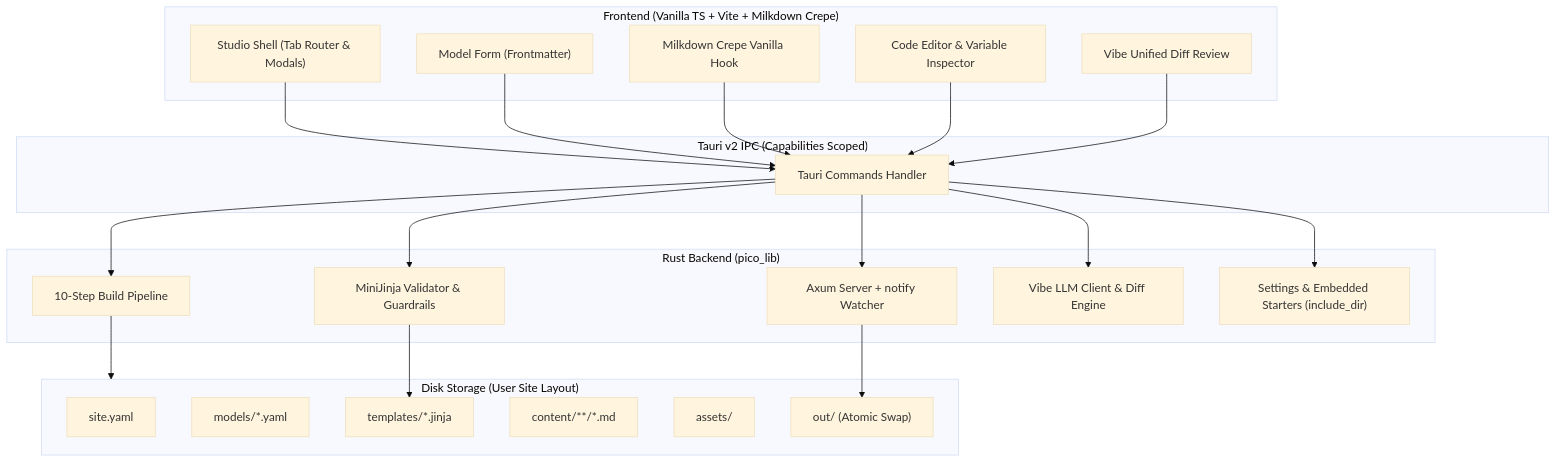
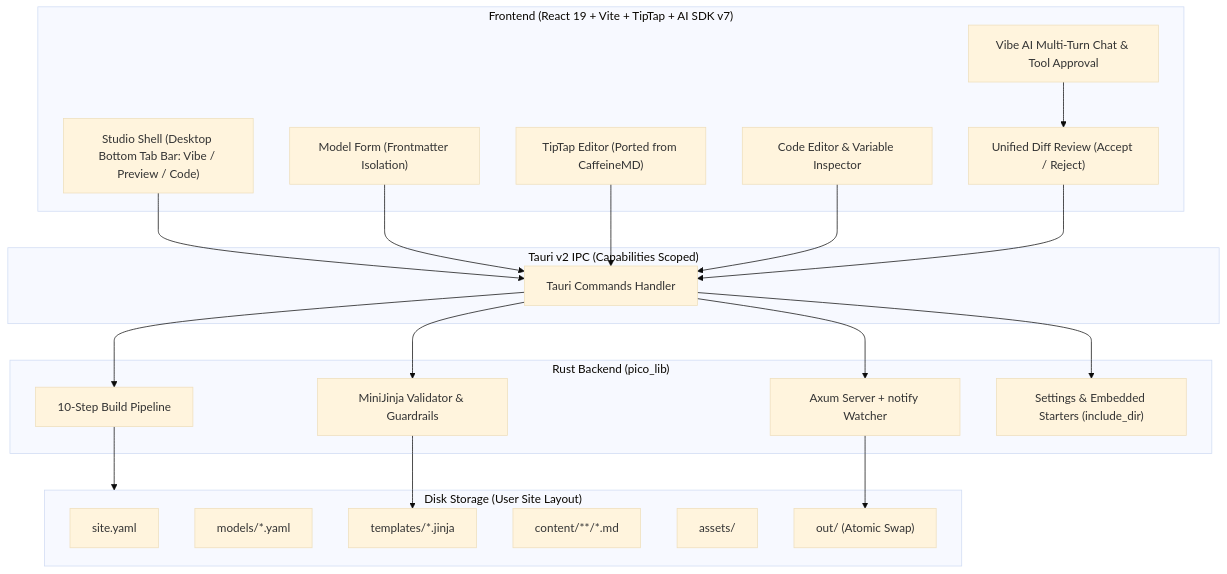
The diagram in memory-bank/systemPatterns.md (hoytnix/Pico), drawn with Mermaid (base theme) before and after one commit. The commit also changed other lines of this file and 37 other files, not shown here.

Commit message:
feat: rebuild frontend in React + CaffeineMD TipTap editor + AI SDK v7 Vibe chat

````diff
--- a/memory-bank/systemPatterns.md
+++ b/memory-bank/systemPatterns.md
@@ -5,47 +5,47 @@
 ```mermaid
 flowchart TD
-    subgraph Frontend ["Frontend (Vanilla TS + Vite + Milkdown Crepe)"]
-        UI["Studio Shell (Tab Router & Modals)"]
-        Form["Model Form (Frontmatter)"]
-        Crepe["Milkdown Crepe Vanilla Hook"]
+    subgraph Frontend ["Frontend (React 19 + Vite + TipTap + AI SDK v7)"]
+        UI["Studio Shell (Desktop Bottom Tab Bar: Vibe / Preview / Code)"]
+        Form["Model Form (Frontmatter Isolation)"]
+        TipTap["TipTap Editor (Ported from CaffeineMD)"]
         TplEditor["Code Editor & Variable Inspector"]
-        DiffModal["Vibe Unified Diff Review"]
+        VibeChat["Vibe AI Multi-Turn Chat & Tool Approval"]
+        DiffCard["Unified Diff Review (Accept / Reject)"]
     end
 
     subgraph TauriBridge ["Tauri v2 IPC (Capabilities Scoped)"]
         IPC["Tauri Commands Handler"]
     end
 
     subgraph Backend ["Rust Backend (pico_lib)"]
         Pipeline["10-Step Build Pipeline"]
         Guardrails["MiniJinja Validator & Guardrails"]
         PreviewSrv["Axum Server + notify Watcher"]
-        VibeEngine["Vibe LLM Client & Diff Engine"]
         Storage["Settings & Embedded Starters (include_dir)"]
     end
 
     subgraph FileSystem ["Disk Storage (User Site Layout)"]
         SiteYAML["site.yaml"]
         Models["models/*.yaml"]
         Templates["templates/*.jinja"]
         Content["content/**/*.md"]
         Assets["assets/"]
         OutDir["out/ (Atomic Swap)"]
     end
 
     UI --> IPC
     Form --> IPC
-    Crepe --> IPC
+    TipTap --> IPC
     TplEditor --> IPC
-    DiffModal --> IPC
+    VibeChat --> DiffCard
+    DiffCard --> IPC
 
     IPC --> Pipeline
     IPC --> Guardrails
     IPC --> PreviewSrv
-    IPC --> VibeEngine
     IPC --> Storage
 
     Pipeline --> FileSystem
     Guardrails --> Templates
     PreviewSrv --> OutDir
 ```
````
